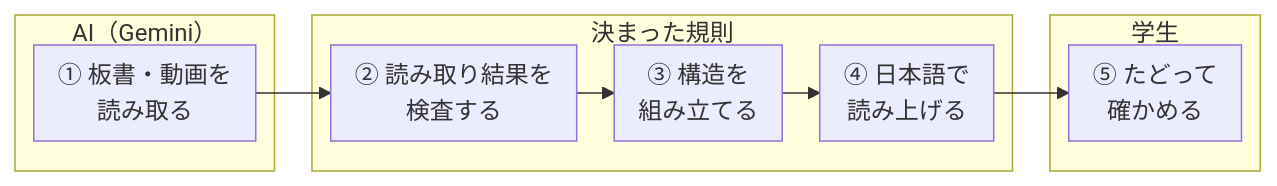
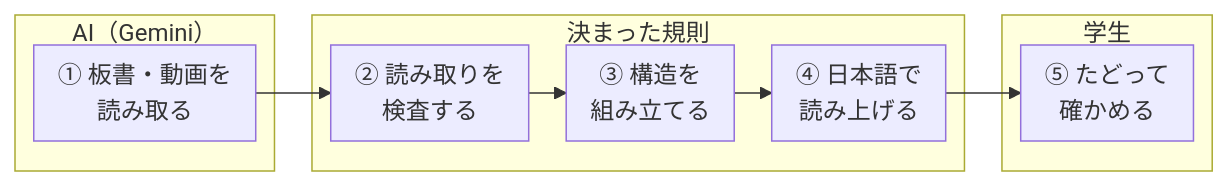
The first of 2 diagrams in README.md (Devfest-Hackathon-2026/df-2026-t173), drawn with Mermaid before and after one commit.

Commit message:
docs: Own the Why の図の改行崩れを修正

````diff
--- a/README.md
+++ b/README.md
@@ -57,15 +57,15 @@
 ```mermaid
 %%{init: {"flowchart": {"rankSpacing": 25, "nodeSpacing": 20, "padding": 8}}}%%
 flowchart LR
     subgraph AI["AI（Gemini）"]
         A["① 板書・動画を<br/>読み取る"]
     end
     subgraph RULE["決まった規則"]
-        B["② 読み取り結果を<br/>検査する"] --> C["③ 構造を<br/>組み立てる"] --> D["④ 日本語で<br/>読み上げる"]
+        B["② 読み取りを<br/>検査する"] --> C["③ 構造を<br/>組み立てる"] --> D["④ 日本語で<br/>読み上げる"]
     end
     subgraph HUMAN["学生"]
         E["⑤ たどって<br/>確かめる"]
     end
     A --> B
     D --> E
 ```
````
